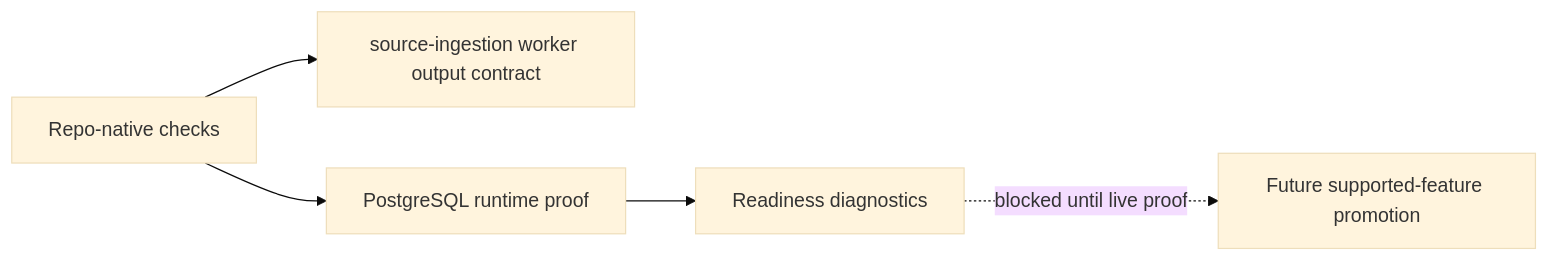
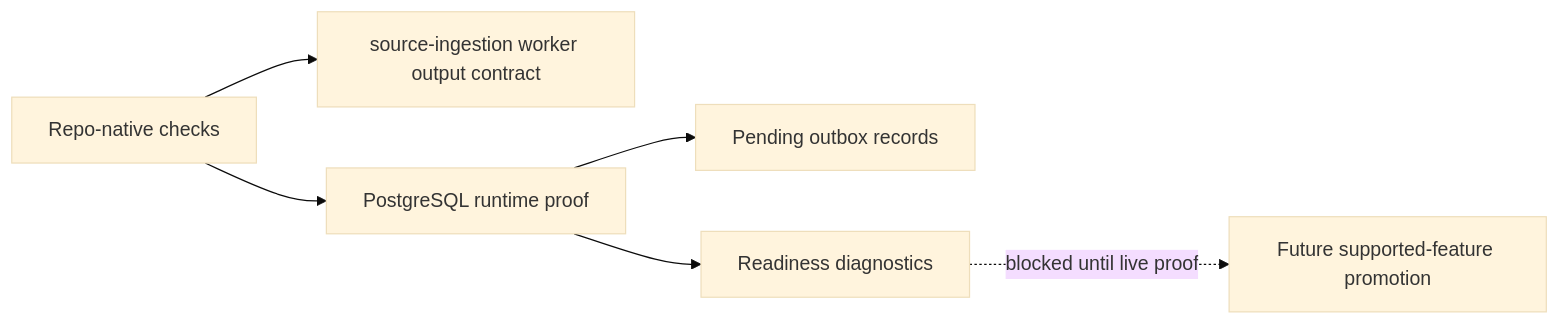
One commit to sgajbi/lotus-idea changed the diagram in wiki/Operations-Runbook.md. Above: the diagram before and after it, drawn with Mermaid (base theme). The commit also changed other lines of this file and 7 other files, not shown here.

Commit message:
Document pending outbox foundation truth

````diff
--- a/wiki/Operations-Runbook.md
+++ b/wiki/Operations-Runbook.md
@@ -100,13 +103,15 @@
 ```mermaid
 flowchart LR
     Checks["Repo-native checks"]
     SourceGate["source-ingestion worker output contract"]
     RuntimeProof["PostgreSQL runtime proof"]
+    Outbox["Pending outbox records"]
     Readiness["Readiness diagnostics"]
     Promotion["Future supported-feature promotion"]
 
     Checks --> SourceGate
     Checks --> RuntimeProof
+    RuntimeProof --> Outbox
     RuntimeProof --> Readiness
     Readiness -. "blocked until live proof" .-> Promotion
 ```
````
